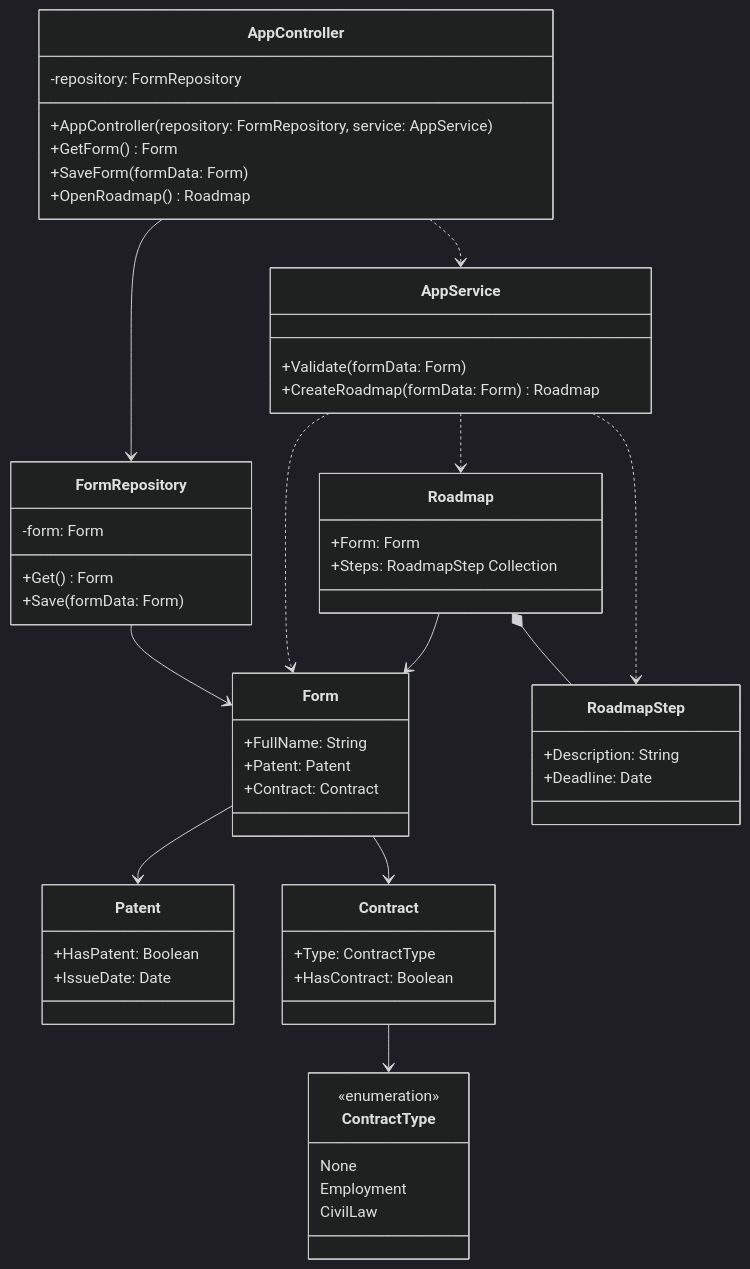
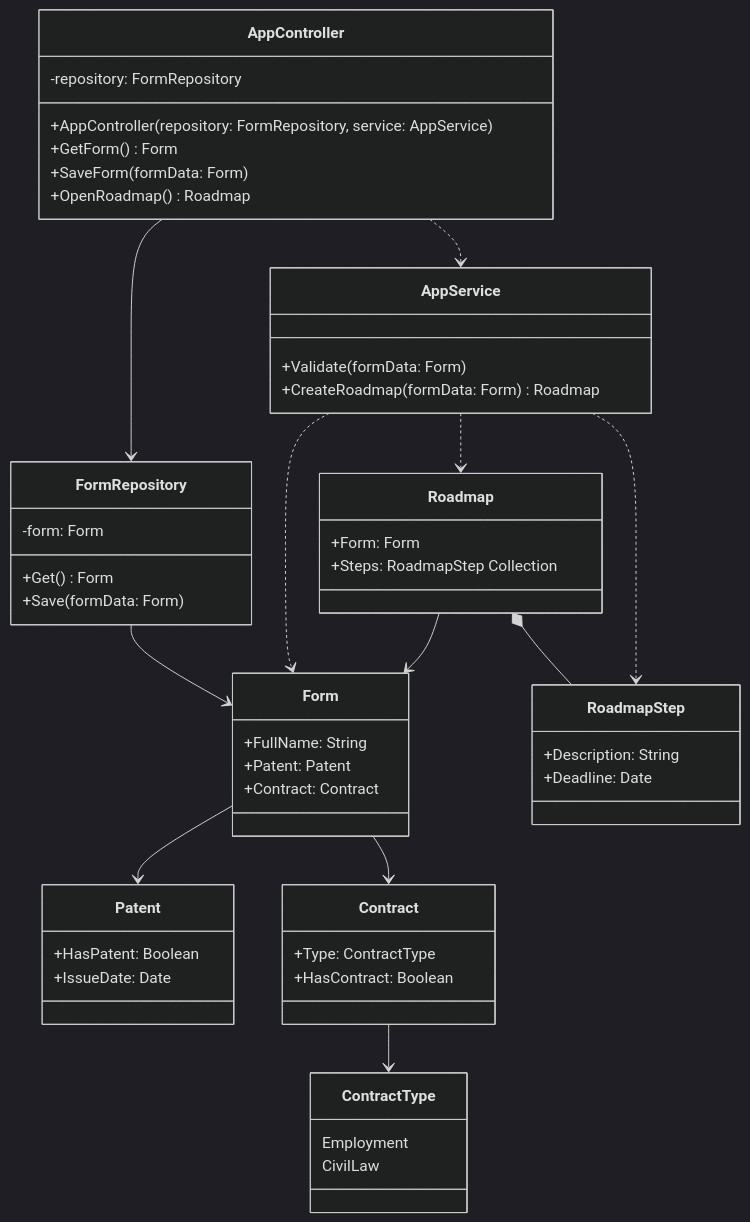
One commit to Edmorton1/peace changed the diagram in _docs/lab5.md. Above: the diagram before and after it, drawn with Mermaid (dark theme). The commit also changed other lines of this file and 1 other file, not shown here.

````diff
--- a/_docs/lab5.md
+++ b/_docs/lab5.md
@@ -10,70 +3,68 @@
 ```mermaid
 classDiagram
     direction TB
 
     class AppController {
         -repository: FormRepository
         +AppController(repository: FormRepository, service: AppService)
         +GetForm() Form
         +SaveForm(formData: Form)
         +OpenRoadmap() Roadmap
     }
 
     class AppService {
         +Validate(formData: Form)
         +CreateRoadmap(formData: Form) Roadmap
     }
 
     class FormRepository {
         -form: Form
         +Get() Form
         +Save(formData: Form)
     }
 
     class Form {
         +FullName: String
         +Patent: Patent
         +Contract: Contract
     }
 
     class Patent {
         +HasPatent: Boolean
         +IssueDate: Date
     }
 
     class Contract {
         +Type: ContractType
         +HasContract: Boolean
     }
 
     class ContractType {
-        <<enumeration>>
-        None
         Employment
         CivilLaw
     }
 
     class Roadmap {
         +Form: Form
         +Steps: RoadmapStep Collection
     }
 
     class RoadmapStep {
         +Description: String
         +Deadline: Date
     }
 
 
     AppController --> FormRepository
     AppController ..> AppService
     AppService ..> Form
     AppService ..> Roadmap
     AppService ..> RoadmapStep
 
     FormRepository --> Form
     Form --> Patent
     Form --> Contract
     Contract --> ContractType
     Roadmap --> Form
     Roadmap *-- RoadmapStep
 ```
````
